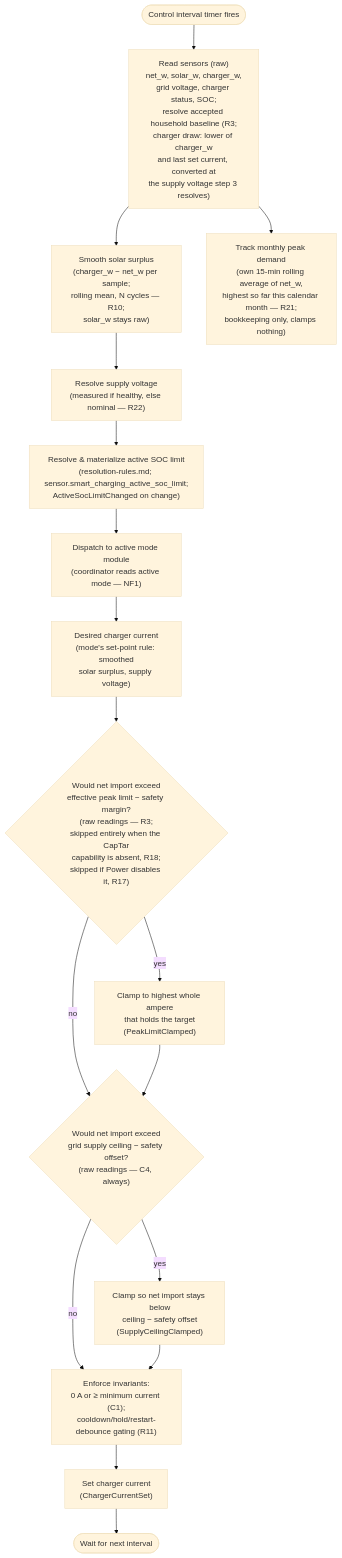
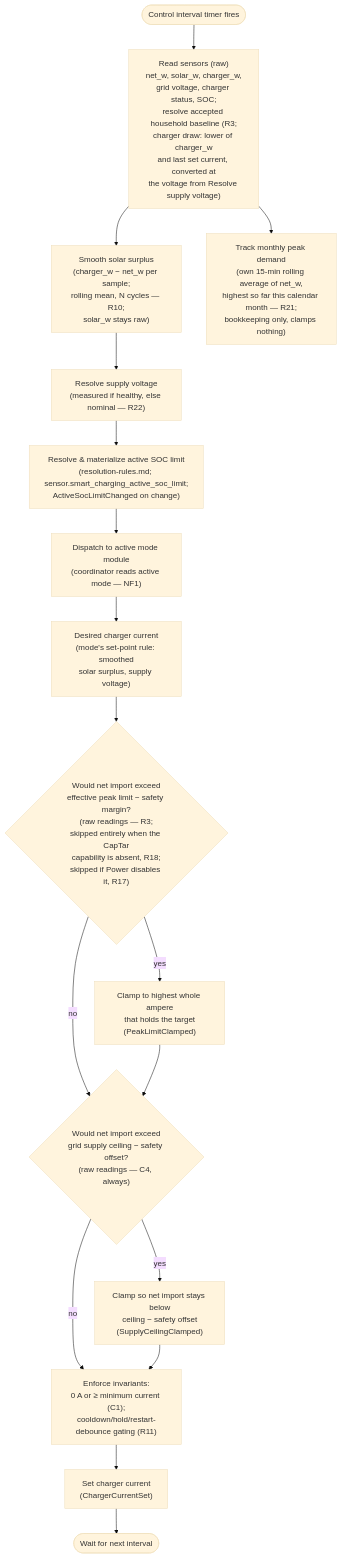
Before and after one commit to kristofdegrave/homeassistant-smart-charging: the diagram in docs/analysis/control-cycle.md, drawn with Mermaid (base theme). The commit also changed 3 other files, not shown here.

````diff
--- a/docs/analysis/control-cycle.md
+++ b/docs/analysis/control-cycle.md
@@ -73,19 +73,19 @@
 ```mermaid
 flowchart TD
-    Timer(["Control interval timer fires"]) --> Read["Read sensors (raw)<br/>net_w, solar_w, charger_w,<br/>grid voltage, charger status, SOC;<br/>resolve accepted household baseline (R3;<br/>charger draw: lower of charger_w<br/>and last set current, converted at<br/>the supply voltage step 3 resolves)"]
+    Timer(["Control interval timer fires"]) --> Read["Read sensors (raw)<br/>net_w, solar_w, charger_w,<br/>grid voltage, charger status, SOC;<br/>resolve accepted household baseline (R3;<br/>charger draw: lower of charger_w<br/>and last set current, converted at<br/>the voltage from Resolve supply voltage)"]
     Read --> Smooth["Smooth solar surplus<br/>(charger_w − net_w per sample;<br/>rolling mean, N cycles — R10;<br/>solar_w stays raw)"]
     Read --> PeakTrack["Track monthly peak demand<br/>(own 15-min rolling average of net_w,<br/>highest so far this calendar month — R21;<br/>bookkeeping only, clamps nothing)"]
     Smooth --> Volt["Resolve supply voltage<br/>(measured if healthy, else nominal — R22)"]
     Volt --> SocLimit["Resolve & materialize active SOC limit<br/>(resolution-rules.md; sensor.smart_charging_active_soc_limit;<br/>ActiveSocLimitChanged on change)"]
     SocLimit --> Dispatch["Dispatch to active mode module<br/>(coordinator reads active mode — NF1)"]
     Dispatch --> Desired["Desired charger current<br/>(mode's set-point rule: smoothed<br/>solar surplus, supply voltage)"]
     Desired --> Peak{"Would net import exceed<br/>effective peak limit − safety margin?<br/>(raw readings — R3;<br/>skipped entirely when the CapTar<br/>capability is absent, R18;<br/>skipped if Power disables it, R17)"}
     Peak -->|yes| Clamp["Clamp to highest whole ampere<br/>that holds the target<br/>(PeakLimitClamped)"]
     Peak -->|no| Ceiling
     Clamp --> Ceiling{"Would net import exceed<br/>grid supply ceiling − safety offset?<br/>(raw readings — C4, always)"}
     Ceiling -->|yes| CeilingClamp["Clamp so net import stays below<br/>ceiling − safety offset<br/>(SupplyCeilingClamped)"]
     Ceiling -->|no| Invariant
     CeilingClamp --> Invariant["Enforce invariants:<br/>0 A or ≥ minimum current (C1);<br/>cooldown/hold/restart-debounce gating (R11)"]
     Invariant --> Set["Set charger current<br/>(ChargerCurrentSet)"]
     Set --> Wait(["Wait for next interval"])
 ```
````
